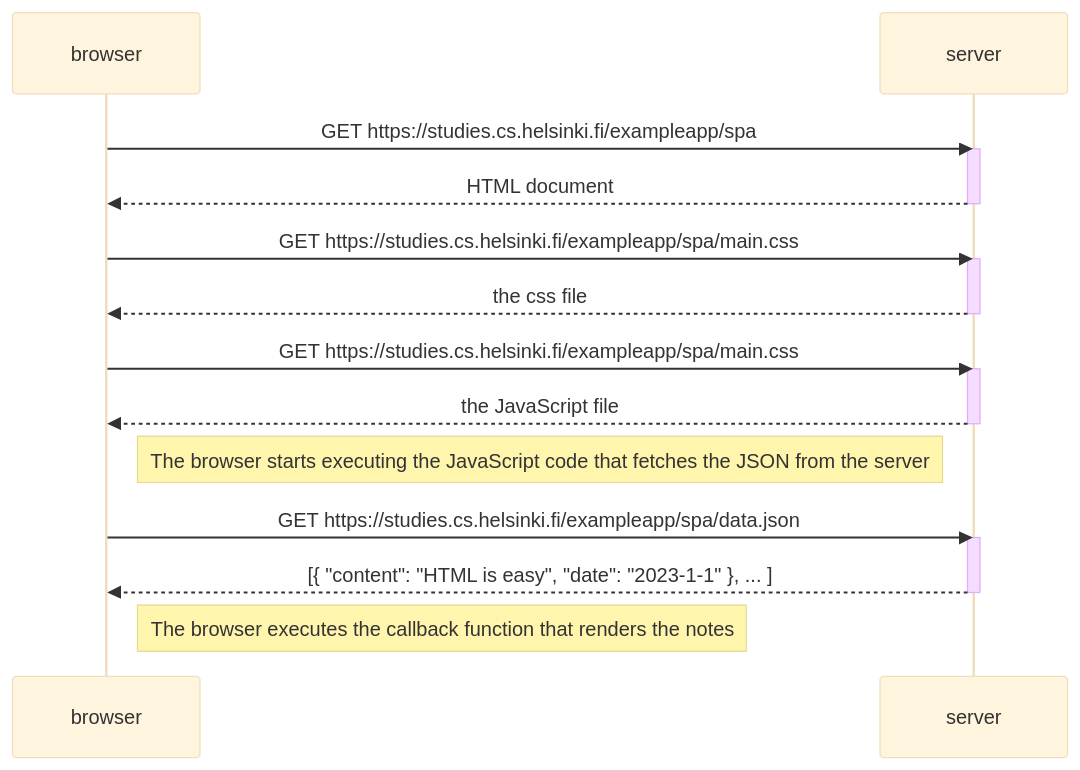
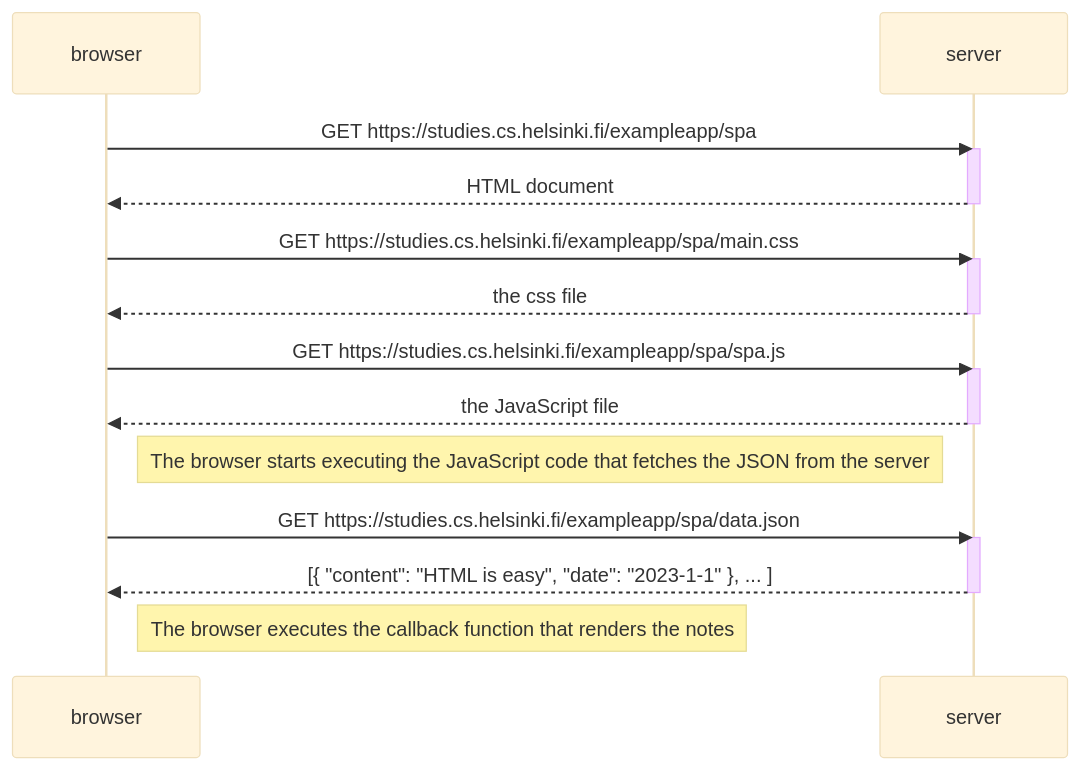
One commit to cnguyen34/fullstackpart0 changed the diagram in 0.5.md. Above: the diagram before and after it, drawn with Mermaid (base theme).

````diff
--- a/0.5.md
+++ b/0.5.md
@@ -1,29 +1,29 @@
 ```mermaid
 sequenceDiagram
     participant browser
     participant server
 
     browser->>server: GET https://studies.cs.helsinki.fi/exampleapp/spa
     activate server
     server-->>browser: HTML document
     deactivate server
 
     browser->>server: GET https://studies.cs.helsinki.fi/exampleapp/spa/main.css
     activate server
     server-->>browser: the css file
     deactivate server
 
-    browser->>server: GET https://studies.cs.helsinki.fi/exampleapp/spa/main.css
+    browser->>server: GET https://studies.cs.helsinki.fi/exampleapp/spa/spa.js
     activate server
     server-->>browser: the JavaScript file
     deactivate server
 
     Note right of browser: The browser starts executing the JavaScript code that fetches the JSON from the server
 
     browser->>server: GET https://studies.cs.helsinki.fi/exampleapp/spa/data.json
     activate server
     server-->>browser: [{ "content": "HTML is easy", "date": "2023-1-1" }, ... ]
     deactivate server
 
     Note right of browser: The browser executes the callback function that renders the notes
 ```
````
